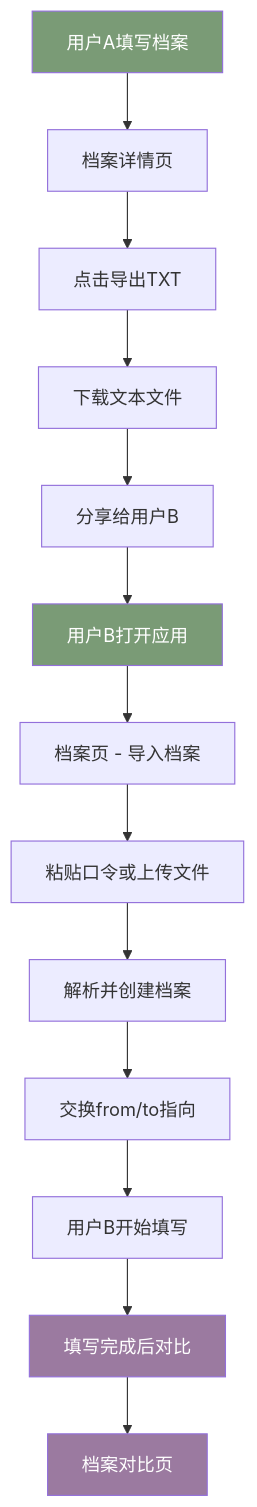
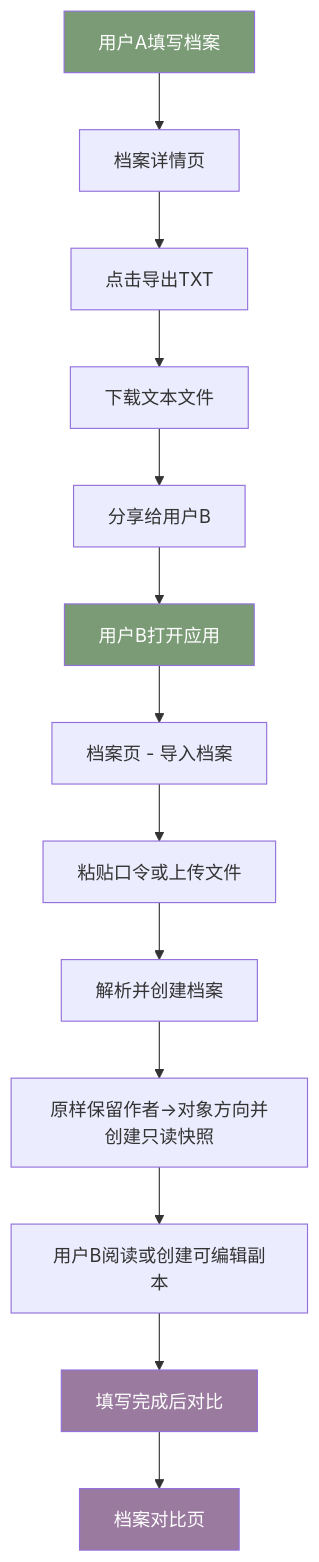
Before and after one commit to Tenlossiby/relationship-anarchy-smorgasbord-cn: the third of 13 diagrams in docs/USER-FLOW.md, drawn with Mermaid. The commit also changed other lines of this file and 29 other files, not shown here.

````diff
--- a/docs/USER-FLOW.md
+++ b/docs/USER-FLOW.md
@@ -91,20 +91,20 @@
 ```mermaid
 flowchart TD
     A[用户A填写档案] --> B[档案详情页]
     B --> C[点击导出TXT]
     C --> D[下载文本文件]
     D --> E[分享给用户B]
     E --> F[用户B打开应用]
     F --> G[档案页 - 导入档案]
     G --> H[粘贴口令或上传文件]
     H --> I[解析并创建档案]
-    I --> J[交换from/to指向]
-    J --> K[用户B开始填写]
+    I --> J[原样保留作者→对象方向并创建只读快照]
+    J --> K[用户B阅读或创建可编辑副本]
     K --> L[填写完成后对比]
     L --> M[档案对比页]
 
     style A fill:#7A9B76,color:#fff
     style F fill:#7A9B76,color:#fff
     style L fill:#9B7AA0,color:#fff
     style M fill:#9B7AA0,color:#fff
 ```
````
